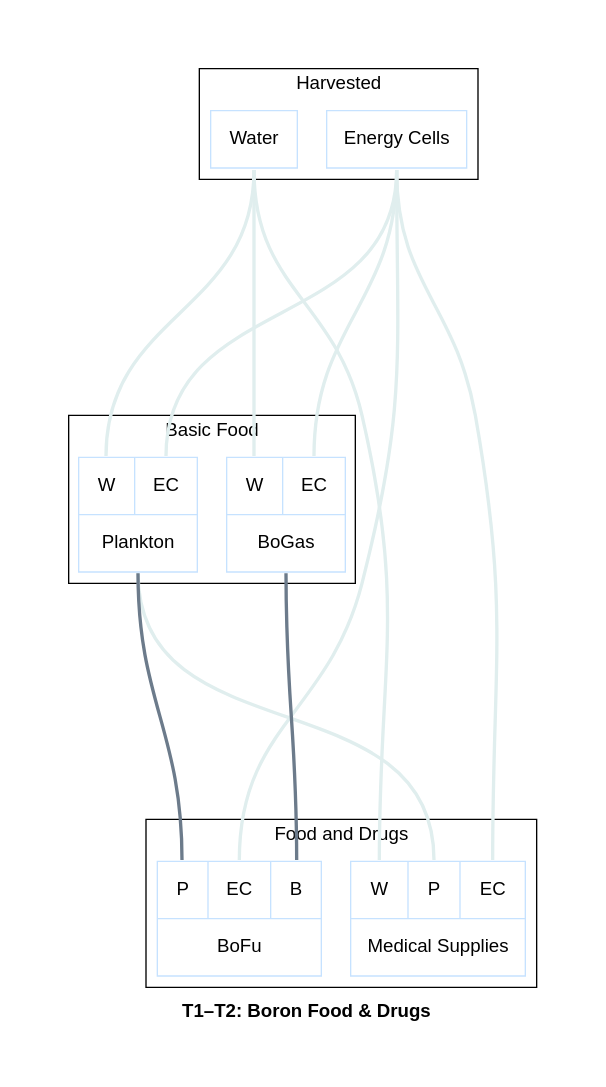
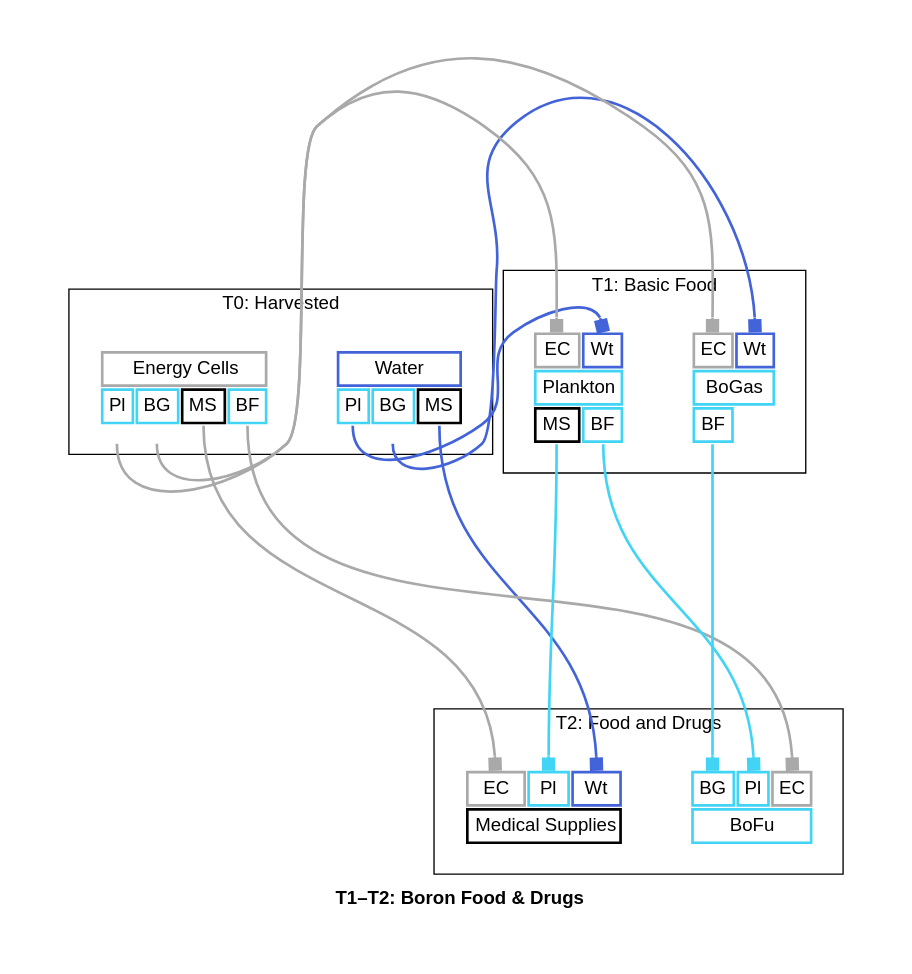
The diagram in docs/t1_t2_boron_food_drugs_graph.dot (borntyping/x4-diagrams), drawn with Graphviz before and after one commit. The commit also changed 100 other files, not shown here.

Commit message:
Add pretty colours to GraphViz graphs

```diff
--- a/docs/t1_t2_boron_food_drugs_graph.dot
+++ b/docs/t1_t2_boron_food_drugs_graph.dot
@@ -1,33 +1,141 @@
-graph "X4 Economy" {
+digraph "X4 Economy" {
 	edge [arrowType=normal]
 	compound=true fontname="Helvetica,Arial,sans-serif"
 	label=<<b>T1–T2: Boron Food &amp; Drugs</b>>
 	graph [nodesep=0.3 pad=0.5 ranksep=3]
-	node [color=slategray1 fontname="Helvetica,Arial,sans-serif" margin=0.2 penwidth=1 shape=box]
-	edge [arrowhead=normal arrowtype=normal fontname="Helvetica,Arial,sans-serif" headport=n penwidth=2.5 tailport=s]
+	node [color=slategray1 fontname="Helvetica,Arial,sans-serif" margin=0.2 penwidth=2.0 shape=plaintext]
+	edge [arrowhead=normal arrowsize=1.0 fontname="Helvetica,Arial,sans-serif" headport=n penwidth=2.0 tailport=s]
 	subgraph 0 {
-		cluster=true label=Harvested
-		water [label="{<output> Water}" colour=lightsteelblue2 shape=record]
-		energy_cells [label="{<output> Energy Cells}" colour=lightsteelblue2 shape=record]
+		cluster=true label="T0: Harvested"
+		water [label=<<table border="0" cellborder="2" cellpadding="4" cellspacing="1" fixedsize="false" id="water" port="output">
+  
+  <tr>
+    <td align="text" bgcolor="white" color="#4363d8" colspan="3">Water</td>
+  </tr>
+  
+    <tr>
+      
+        <td align="text" bgcolor="white" color="#42d4f4" port="plankton">Pl</td>
+      
+        <td align="text" bgcolor="white" color="#42d4f4" port="bogas">BG</td>
+      
+        <td align="text" bgcolor="white" color="#000000" port="medical_supplies">MS</td>
+      
+    </tr>
+  
+</table>>]
+		energy_cells [label=<<table border="0" cellborder="2" cellpadding="4" cellspacing="1" fixedsize="false" id="energy_cells" port="output">
+  
+  <tr>
+    <td align="text" bgcolor="white" color="#a9a9a9" colspan="4">Energy Cells</td>
+  </tr>
+  
+    <tr>
+      
+        <td align="text" bgcolor="white" color="#42d4f4" port="plankton">Pl</td>
+      
+        <td align="text" bgcolor="white" color="#42d4f4" port="bogas">BG</td>
+      
+        <td align="text" bgcolor="white" color="#000000" port="medical_supplies">MS</td>
+      
+        <td align="text" bgcolor="white" color="#42d4f4" port="bofu">BF</td>
+      
+    </tr>
+  
+</table>>]
 	}
 	subgraph 1 {
-		cluster=true label="Basic Food"
-		plankton [label="{{<water> W|<energy_cells> EC}|<output> Plankton}" colour=lightsteelblue2 shape=record]
-		bogas [label="{{<water> W|<energy_cells> EC}|<output> BoGas}" colour=lightsteelblue2 shape=record]
+		cluster=true label="T1: Basic Food"
+		plankton [label=<<table border="0" cellborder="2" cellpadding="4" cellspacing="1" fixedsize="false" id="plankton" port="output">
+  
+    <tr>
+      
+        <td align="text" bgcolor="white" color="#a9a9a9" port="energy_cells">EC</td>
+      
+        <td align="text" bgcolor="white" color="#4363d8" port="water">Wt</td>
+      
+    </tr>
+  
+  <tr>
+    <td align="text" bgcolor="white" color="#42d4f4" colspan="2">Plankton</td>
+  </tr>
+  
+    <tr>
+      
+        <td align="text" bgcolor="white" color="#000000" port="medical_supplies">MS</td>
+      
+        <td align="text" bgcolor="white" color="#42d4f4" port="bofu">BF</td>
+      
+    </tr>
+  
+</table>>]
+		bogas [label=<<table border="0" cellborder="2" cellpadding="4" cellspacing="1" fixedsize="false" id="bogas" port="output">
+  
+    <tr>
+      
+        <td align="text" bgcolor="white" color="#a9a9a9" port="energy_cells">EC</td>
+      
+        <td align="text" bgcolor="white" color="#4363d8" port="water">Wt</td>
+      
+    </tr>
+  
+  <tr>
+    <td align="text" bgcolor="white" color="#42d4f4" colspan="2">BoGas</td>
+  </tr>
+  
+    <tr>
+      
+        <td align="text" bgcolor="white" color="#42d4f4" port="bofu">BF</td>
+      
+    </tr>
+  
+</table>>]
 	}
 	subgraph 2 {
-		cluster=true label="Food and Drugs"
-		medical_supplies [label="{{<water> W|<plankton> P|<energy_cells> EC}|<output> Medical Supplies}" colour=lightsteelblue2 shape=record]
-		bofu [label="{{<plankton> P|<energy_cells> EC|<bogas> B}|<output> BoFu}" colour=lightsteelblue2 shape=record]
+		cluster=true label="T2: Food and Drugs"
+		medical_supplies [label=<<table border="0" cellborder="2" cellpadding="4" cellspacing="1" fixedsize="false" id="medical_supplies" port="output">
+  
+    <tr>
+      
+        <td align="text" bgcolor="white" color="#a9a9a9" port="energy_cells">EC</td>
+      
+        <td align="text" bgcolor="white" color="#42d4f4" port="plankton">Pl</td>
+      
+        <td align="text" bgcolor="white" color="#4363d8" port="water">Wt</td>
+      
+    </tr>
+  
+  <tr>
+    <td align="text" bgcolor="white" color="#000000" colspan="3">Medical Supplies</td>
+  </tr>
+  
+</table>>]
+		bofu [label=<<table border="0" cellborder="2" cellpadding="4" cellspacing="1" fixedsize="false" id="bofu" port="output">
+  
+    <tr>
+      
+        <td align="text" bgcolor="white" color="#42d4f4" port="bogas">BG</td>
+      
+        <td align="text" bgcolor="white" color="#42d4f4" port="plankton">Pl</td>
+      
+        <td align="text" bgcolor="white" color="#a9a9a9" port="energy_cells">EC</td>
+      
+    </tr>
+  
+  <tr>
+    <td align="text" bgcolor="white" color="#42d4f4" colspan="3">BoFu</td>
+  </tr>
+  
+</table>>]
 	}
-	energy_cells:output:s -- plankton:energy_cells:n [color=azure2]
-	water:output:s -- plankton:water:n [color=azure2]
-	energy_cells:output:s -- bogas:energy_cells:n [color=azure2]
-	water:output:s -- bogas:water:n [color=azure2]
-	energy_cells:output:s -- medical_supplies:energy_cells:n [color=azure2]
-	plankton:output:s -- medical_supplies:plankton:n [color=azure2]
-	water:output:s -- medical_supplies:water:n [color=azure2]
-	bogas:output:s -- bofu:bogas:n [color=slategray4]
-	energy_cells:output:s -- bofu:energy_cells:n [color=azure2]
-	plankton:output:s -- bofu:plankton:n [color=slategray4]
+	energy_cells:plankton:s -> plankton:energy_cells:n [arrowhead=box color="#a9a9a9" weight=0.1]
+	water:plankton:s -> plankton:water:n [arrowhead=box color="#4363d8" weight=0.1]
+	energy_cells:bogas:s -> bogas:energy_cells:n [arrowhead=box color="#a9a9a9" weight=0.1]
+	water:bogas:s -> bogas:water:n [arrowhead=box color="#4363d8" weight=0.1]
+	energy_cells:medical_supplies:s -> medical_supplies:energy_cells:n [arrowhead=box color="#a9a9a9" weight=0.1]
+	plankton:medical_supplies:s -> medical_supplies:plankton:n [arrowhead=box color="#42d4f4" weight=1.0]
+	water:medical_supplies:s -> medical_supplies:water:n [arrowhead=box color="#4363d8" weight=0.1]
+	bogas:bofu:s -> bofu:bogas:n [arrowhead=box color="#42d4f4" weight=1.0]
+	energy_cells:bofu:s -> bofu:energy_cells:n [arrowhead=box color="#a9a9a9" weight=0.1]
+	plankton:bofu:s -> bofu:plankton:n [arrowhead=box color="#42d4f4" weight=1.0]
 }
```
